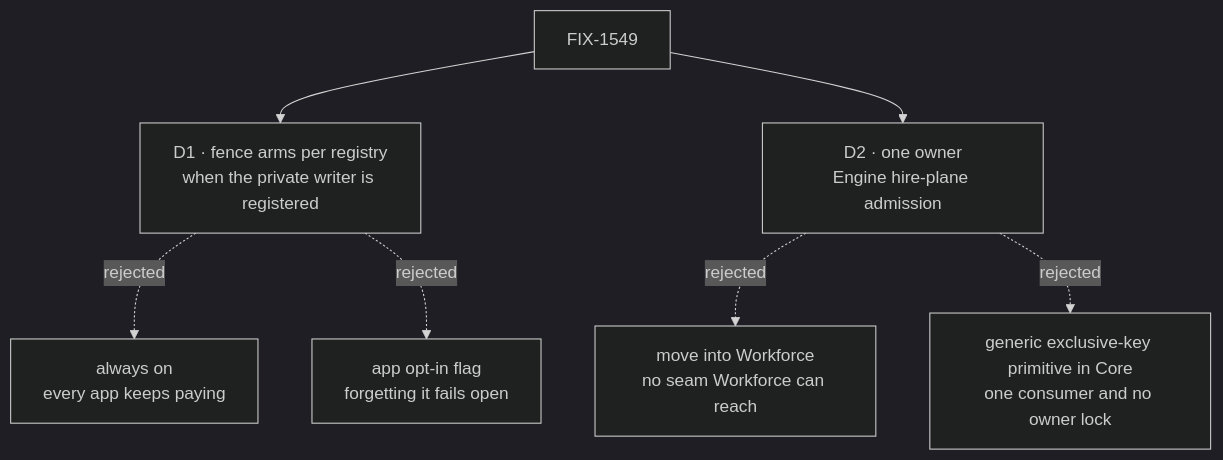
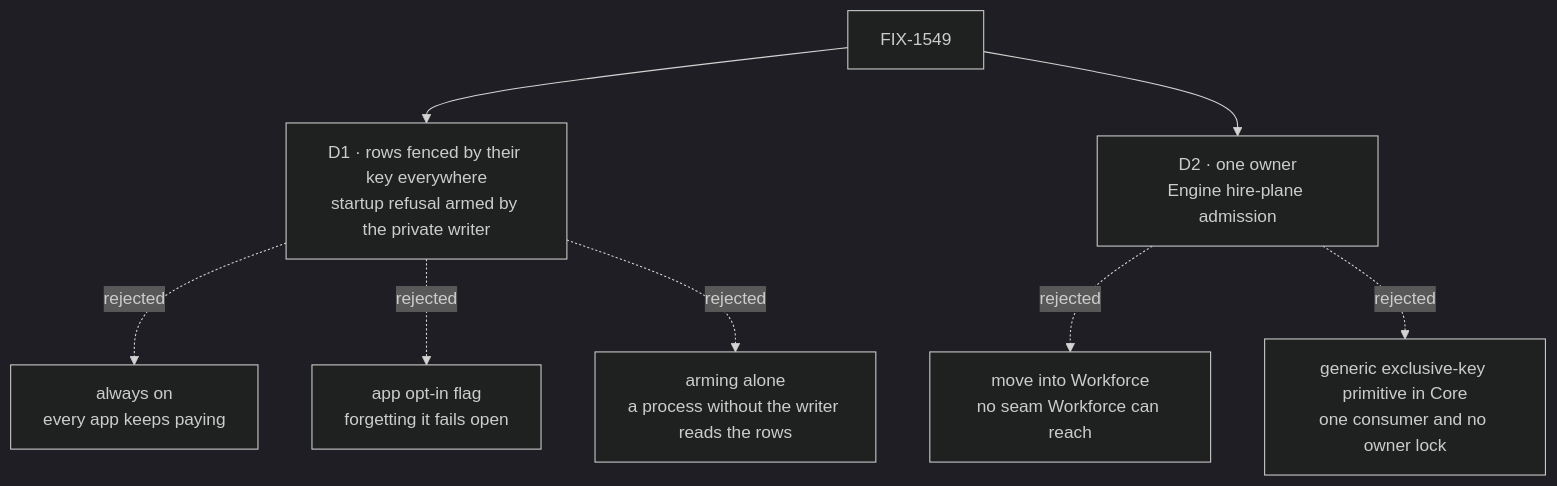
One commit to fixpoint-labs/flow-state-dev changed the diagram in specs/issues/FIX-1549/DECISIONS.md. Above: the diagram before and after it, drawn with Mermaid (dark theme). The commit also changed other lines of this file and 9 other files, not shown here.

First line of the commit message:
spec(FIX-1549): fence user-owned roster rows by their key; arming gates only the startup refusal

````diff
--- a/specs/issues/FIX-1549/DECISIONS.md
+++ b/specs/issues/FIX-1549/DECISIONS.md
@@ -10,9 +10,10 @@
 ```mermaid
 flowchart TD
-  I["FIX-1549"] --> D1["D1 · fence arms per registry<br/>when the private writer is registered"]
+  I["FIX-1549"] --> D1["D1 · rows fenced by their key everywhere<br/>startup refusal armed by the private writer"]
   D1 -.->|"rejected"| X1["always on<br/>every app keeps paying"]
   D1 -.->|"rejected"| X2["app opt-in flag<br/>forgetting it fails open"]
+  D1 -.->|"rejected"| X5["arming alone<br/>a process without the writer reads the rows"]
   I --> D2["D2 · one owner<br/>Engine hire-plane admission"]
   D2 -.->|"rejected"| X3["move into Workforce<br/>no seam Workforce can reach"]
   D2 -.->|"rejected"| X4["generic exclusive-key primitive in Core<br/>one consumer and no owner lock"]
 ```
````
